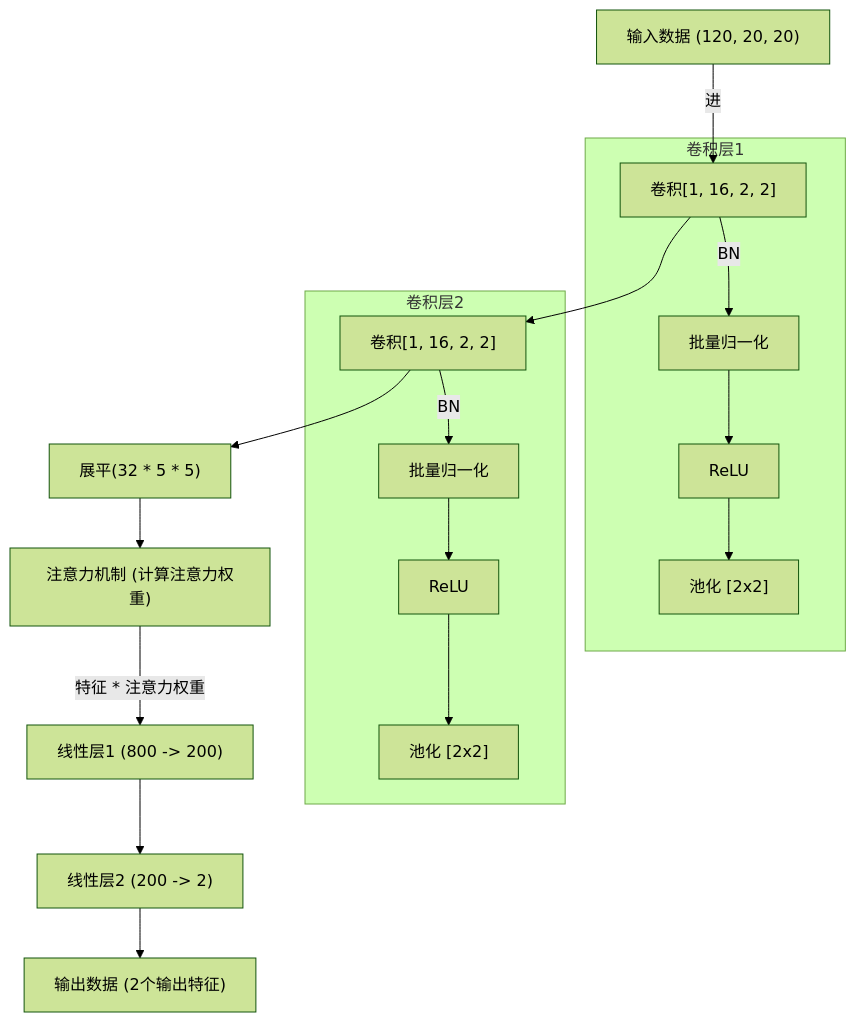
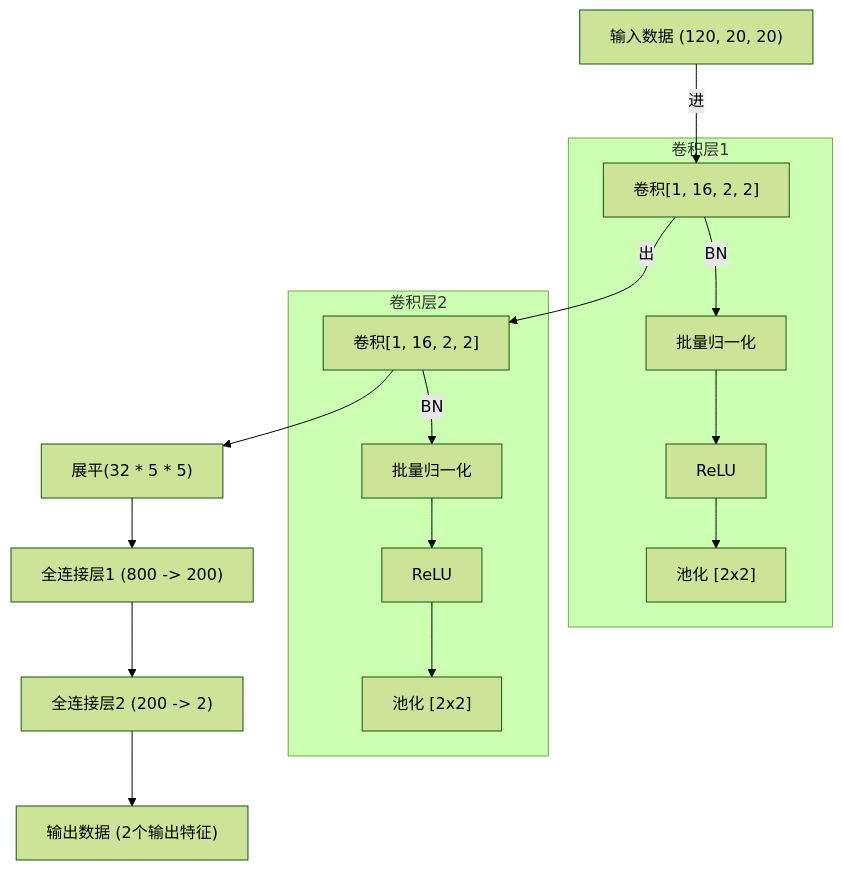
The diagram in all/zh.md (xbduong/iodraw-files), drawn with Mermaid (forest theme) before and after one commit.

Commit message:
2024-05-23 22:22:26 update

````diff
--- a/all/zh.md
+++ b/all/zh.md
@@ -1,25 +1,23 @@
 ```mermaid
 flowchart TD
     A["输入数据 (120, 20, 20)"]
     A -->|进| B["卷积层1 [1, 16, 2, 2]"]
-    B --> C{"卷积层2 [16, 32, 2, 2] -> 展平"}
+    B -->|出| C{"卷积层2 [16, 32, 2, 2] -> 展平"}
     C -->C4["展平(32 * 5 * 5)"]
-    C4["展平(32 * 5 * 5)"] --> G["注意力机制 (计算注意力权重)"]
-    G["注意力机制 (计算注意力权重)"] -->|特征 * 注意力权重| D["线性层1 (800 -> 200)"]
-    D --> E["线性层2 (200 -> 2)"]
+    C4["展平(32 * 5 * 5)"] --> D["全连接层1 (800 -> 200)"]
+    D --> E["全连接层2 (200 -> 2)"]
     E --> F["输出数据 (2个输出特征)"]
 
     subgraph "卷积层1"
     B["卷积[1, 16, 2, 2]"] -->|BN| B1["批量归一化"]
     B1 --> B2["ReLU"]
     B2 --> B3["池化 [2x2]"]
     end
 
     subgraph "卷积层2"
     C["卷积[1, 16, 2, 2]"] -->|BN| C1["批量归一化"]
     C1 --> C2["ReLU"]
     C2 --> C3["池化 [2x2]"]
     end
-
   
 ```
````
